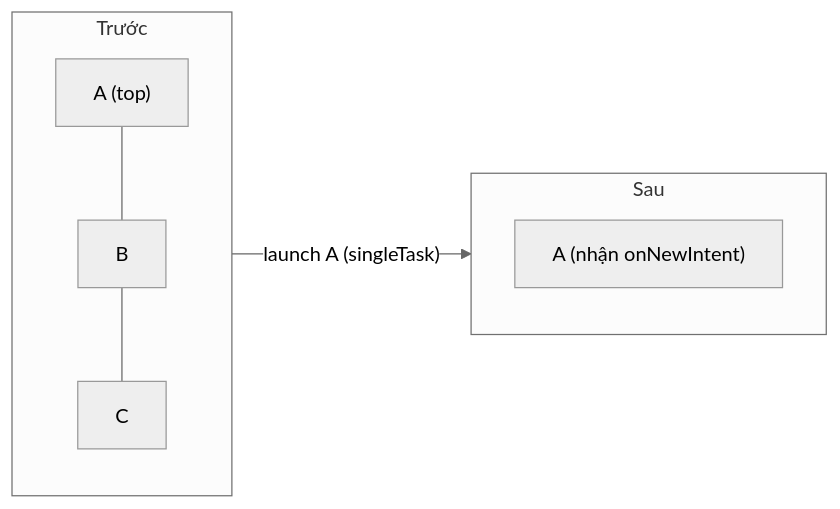
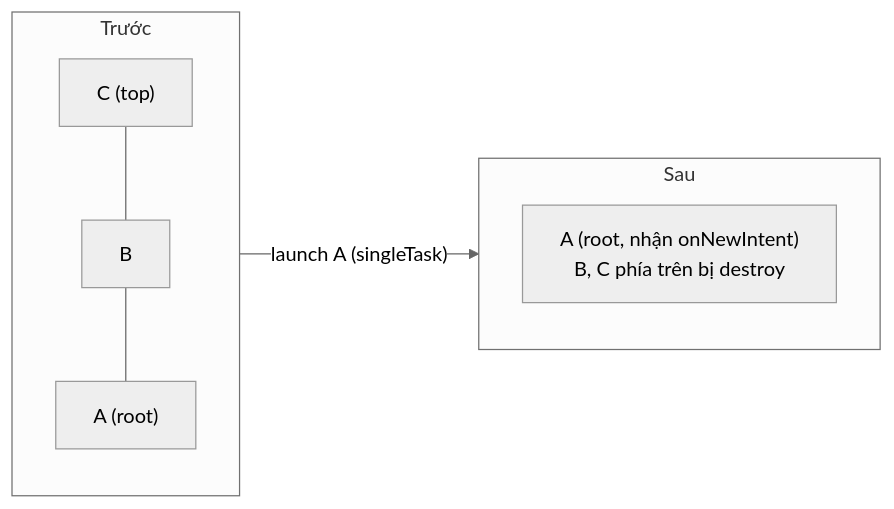
Before and after one commit to h1eu/knowledge: the third of 8 diagrams in knowledge/android/docs/session_04/components/activity/task_and_backstack.md, drawn with Mermaid (neutral theme). The commit also changed other lines of this file and 76 other files, not shown here.

First line of the commit message:
docs(android): add Compose Overview, fix S01–S05 facts and diagrams

````diff
--- a/knowledge/android/docs/session_04/components/activity/task_and_backstack.md
+++ b/knowledge/android/docs/session_04/components/activity/task_and_backstack.md
@@ -160,15 +161,15 @@
 ```mermaid
 flowchart LR
     subgraph Truoc["Trước"]
         direction TB
-        S1["A (top)"]
+        S3["C (top)"]
         S2["B"]
-        S3["C"]
-        S1 --- S2 --- S3
+        S1["A (root)"]
+        S3 --- S2 --- S1
     end
     Truoc -->|"launch A (singleTask)"| Sau
     subgraph Sau["Sau"]
         direction TB
-        R1["A (nhận onNewIntent)"]
+        R1["A (root, nhận onNewIntent)<br/>B, C phía trên bị destroy"]
     end
 ```
````
